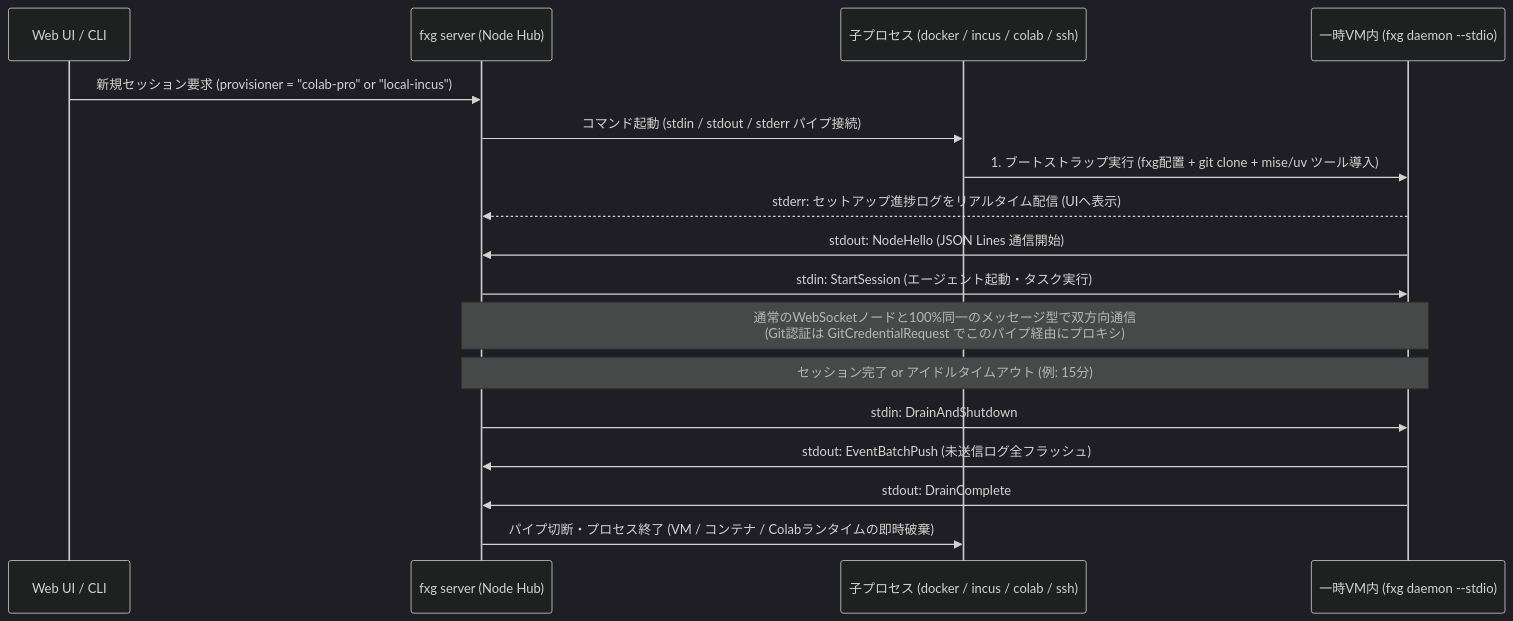
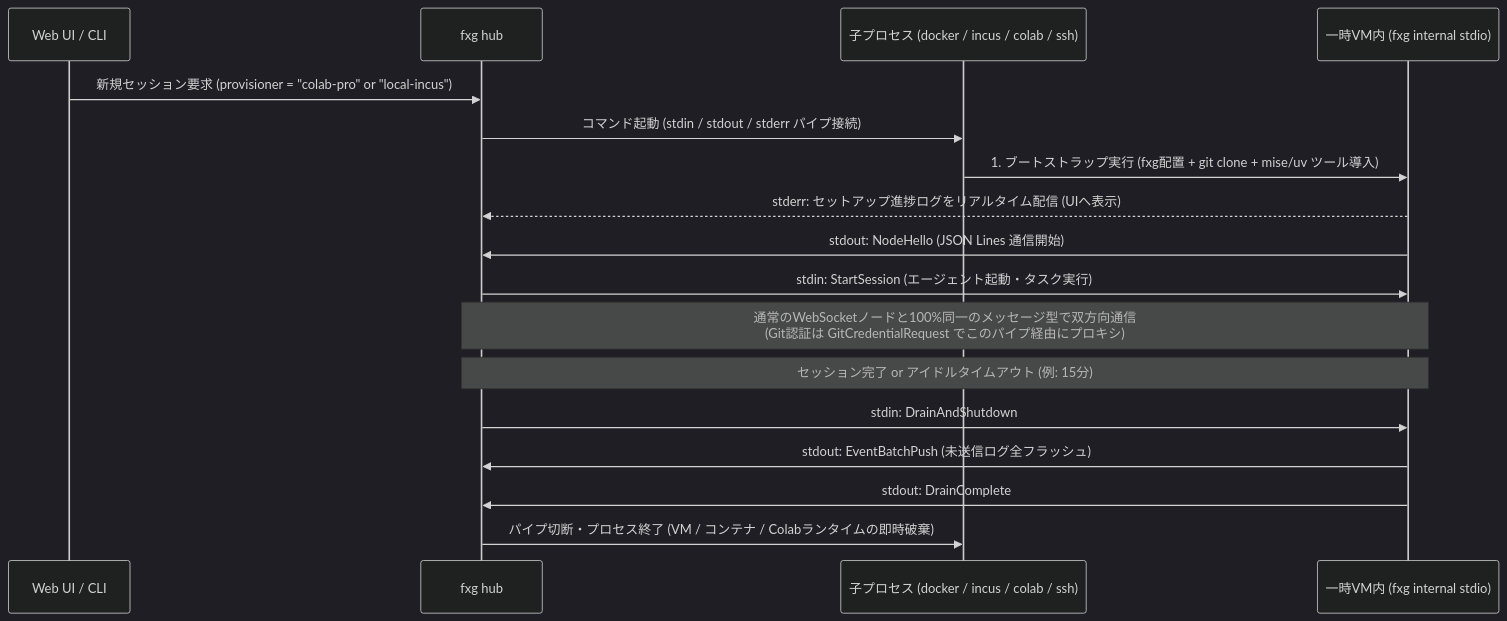
Before and after one commit to nazo6/flexagent: the third of 3 diagrams in docs/01-architecture-and-sync.md, drawn with Mermaid (dark theme). The commit also changed other lines of this file and 179 other files, not shown here.

First line of the commit message:
refactor(cli): restructure commands around session/node/hub (#5)

````diff
--- a/docs/01-architecture-and-sync.md
+++ b/docs/01-architecture-and-sync.md
@@ -383,20 +381,20 @@
 ```mermaid
 sequenceDiagram
     participant UI as Web UI / CLI
-    participant Server as fxg server (Node Hub)
+    participant Hub as fxg hub
     participant Child as 子プロセス (docker / incus / colab / ssh)
-    participant Eph as 一時VM内 (fxg daemon --stdio)
+    participant Eph as 一時VM内 (fxg internal stdio)
 
-    UI->>Server: 新規セッション要求 (provisioner = "colab-pro" or "local-incus")
-    Server->>Child: コマンド起動 (stdin / stdout / stderr パイプ接続)
+    UI->>Hub: 新規セッション要求 (provisioner = "colab-pro" or "local-incus")
+    Hub->>Child: コマンド起動 (stdin / stdout / stderr パイプ接続)
     Child->>Eph: 1. ブートストラップ実行 (fxg配置 + git clone + mise/uv ツール導入)
-    Eph-->>Server: stderr: セットアップ進捗ログをリアルタイム配信 (UIへ表示)
-    Eph->>Server: stdout: NodeHello (JSON Lines 通信開始)
-    Server->>Eph: stdin: StartSession (エージェント起動・タスク実行)
-    Note over Server,Eph: 通常のWebSocketノードと100%同一のメッセージ型で双方向通信<br/>(Git認証は GitCredentialRequest でこのパイプ経由にプロキシ)
-    Note over Server,Eph: セッション完了 or アイドルタイムアウト (例: 15分)
-    Server->>Eph: stdin: DrainAndShutdown
-    Eph->>Server: stdout: EventBatchPush (未送信ログ全フラッシュ)
-    Eph->>Server: stdout: DrainComplete
-    Server->>Child: パイプ切断・プロセス終了 (VM / コンテナ / Colabランタイムの即時破棄)
+    Eph-->>Hub: stderr: セットアップ進捗ログをリアルタイム配信 (UIへ表示)
+    Eph->>Hub: stdout: NodeHello (JSON Lines 通信開始)
+    Hub->>Eph: stdin: StartSession (エージェント起動・タスク実行)
+    Note over Hub,Eph: 通常のWebSocketノードと100%同一のメッセージ型で双方向通信<br/>(Git認証は GitCredentialRequest でこのパイプ経由にプロキシ)
+    Note over Hub,Eph: セッション完了 or アイドルタイムアウト (例: 15分)
+    Hub->>Eph: stdin: DrainAndShutdown
+    Eph->>Hub: stdout: EventBatchPush (未送信ログ全フラッシュ)
+    Eph->>Hub: stdout: DrainComplete
+    Hub->>Child: パイプ切断・プロセス終了 (VM / コンテナ / Colabランタイムの即時破棄)
 ```
````
